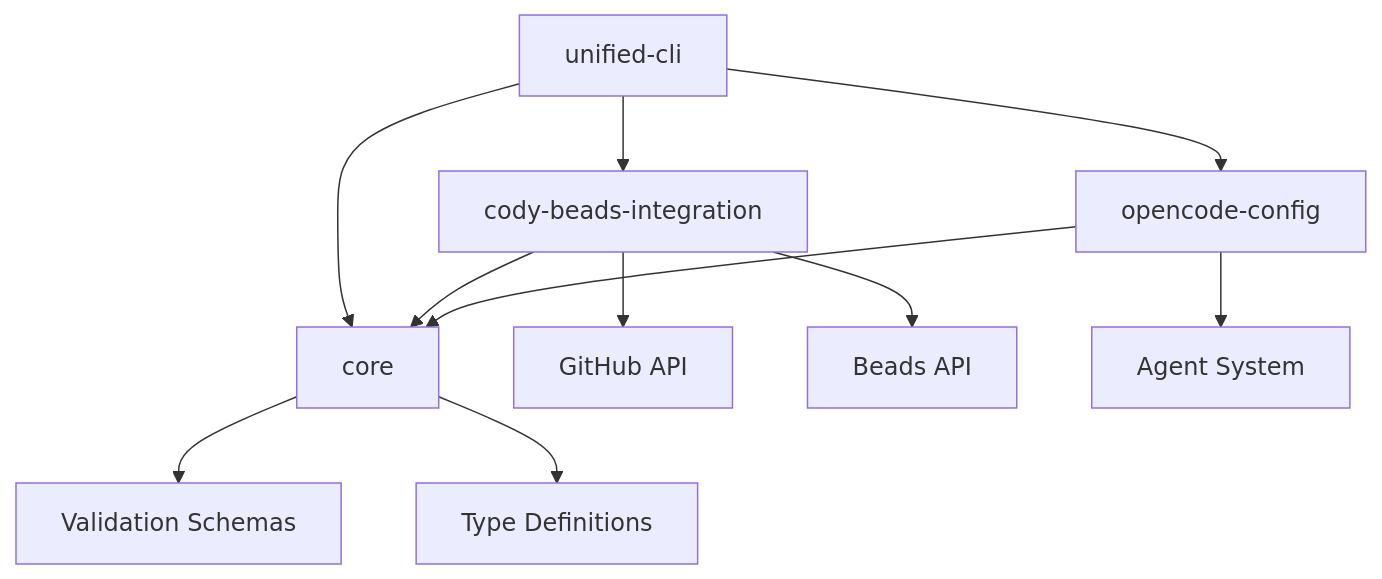
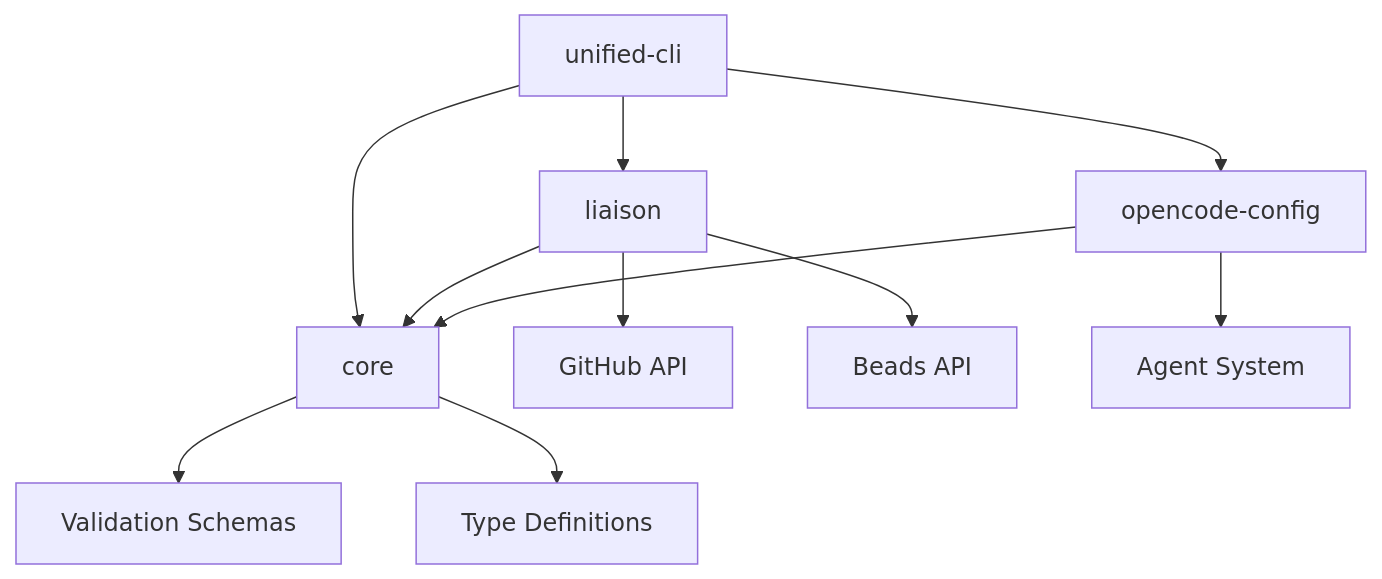
One commit to pwarnock/opencode-workflow-kit changed the diagram in docs/v0.5.0-architecture.md. Above: the diagram before and after it, drawn with Mermaid. The commit also changed other lines of this file and 200 other files, not shown here.

First line of the commit message:
refactor: consolidate cody-beads-integration and update templates

````diff
--- a/docs/v0.5.0-architecture.md
+++ b/docs/v0.5.0-architecture.md
@@ -54,13 +54,13 @@
 ```mermaid
 graph TD
-    A[unified-cli] --> B[cody-beads-integration]
+    A[unified-cli] --> B[liaison]
     A --> C[opencode-config]
     A --> D[core]
     B --> D
     C --> D
     B --> E[GitHub API]
     B --> F[Beads API]
     C --> G[Agent System]
     D --> H[Validation Schemas]
     D --> I[Type Definitions]
 ```
````
